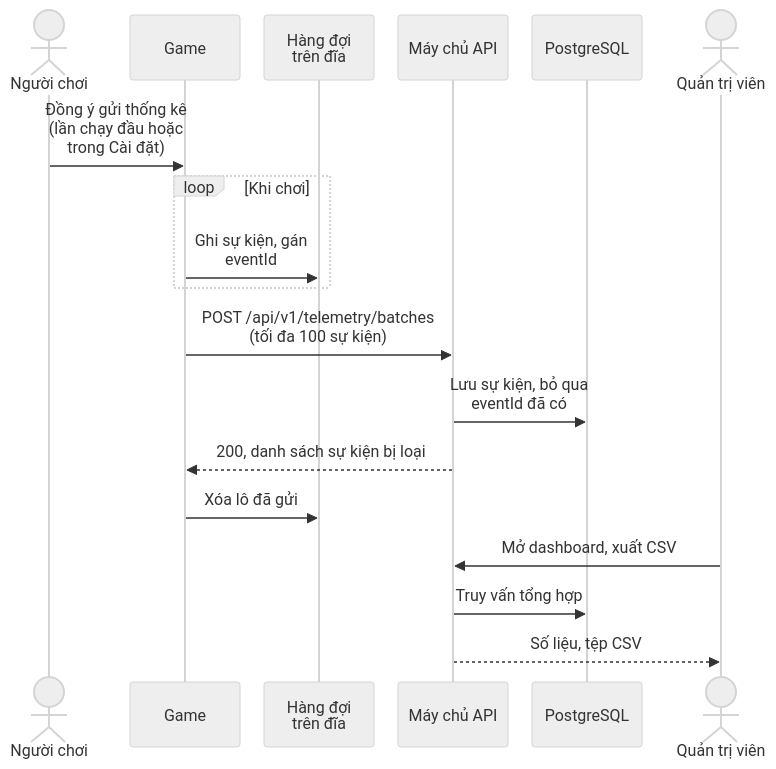
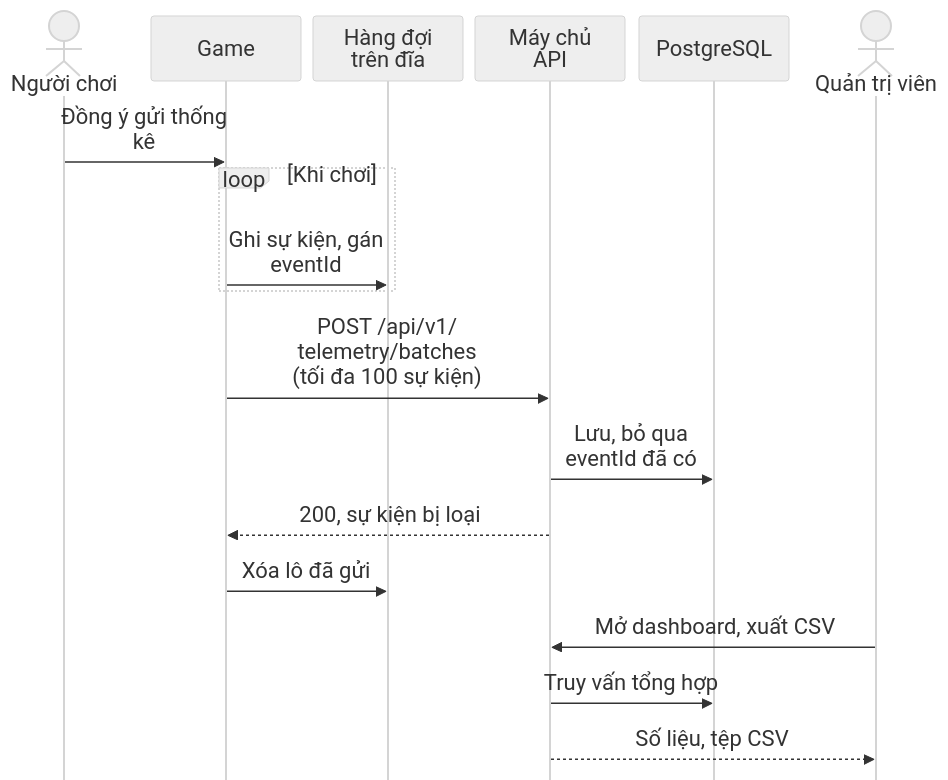
Before and after one commit to qivarnq3g/3-gio-12: the first of 2 diagrams in docs/thiet-ke/kien-truc-he-thong.md, drawn with Mermaid (neutral theme). The commit also changed other lines of this file and 18 other files, not shown here.

````diff
--- a/docs/thiet-ke/kien-truc-he-thong.md
+++ b/docs/thiet-ke/kien-truc-he-thong.md
@@ -134,22 +107,22 @@
 ```mermaid
-%%{init: {"sequence": {"actorMargin": 24, "width": 110, "wrap": true, "messageMargin": 30}}}%%
+%%{init: {"fontSize": 22, "sequence": {"actorMargin": 12, "width": 150, "wrap": true, "messageMargin": 26, "boxMargin": 6, "mirrorActors": false, "actorFontSize": 22, "messageFontSize": 22, "noteFontSize": 22}}}%%
 sequenceDiagram
     actor P as Người chơi
     participant G as Game
     participant Q as Hàng đợi<br/>trên đĩa
-    participant A as Máy chủ API
+    participant A as Máy chủ<br/>API
     participant D as PostgreSQL
     actor M as Quản trị viên
 
-    P->>G: Đồng ý gửi thống kê (lần chạy đầu hoặc trong Cài đặt)
+    P->>G: Đồng ý gửi thống kê
     loop Khi chơi
         G->>Q: Ghi sự kiện, gán eventId
     end
-    G->>A: POST /api/v1/telemetry/batches<br/>(tối đa 100 sự kiện)
-    A->>D: Lưu sự kiện, bỏ qua eventId đã có
-    A-->>G: 200, danh sách sự kiện bị loại
+    G->>A: POST /api/v1/<br/>telemetry/batches<br/>(tối đa 100 sự kiện)
+    A->>D: Lưu, bỏ qua eventId đã có
+    A-->>G: 200, sự kiện bị loại
     G->>Q: Xóa lô đã gửi
     M->>A: Mở dashboard, xuất CSV
     A->>D: Truy vấn tổng hợp
     A-->>M: Số liệu, tệp CSV
 ```
````
